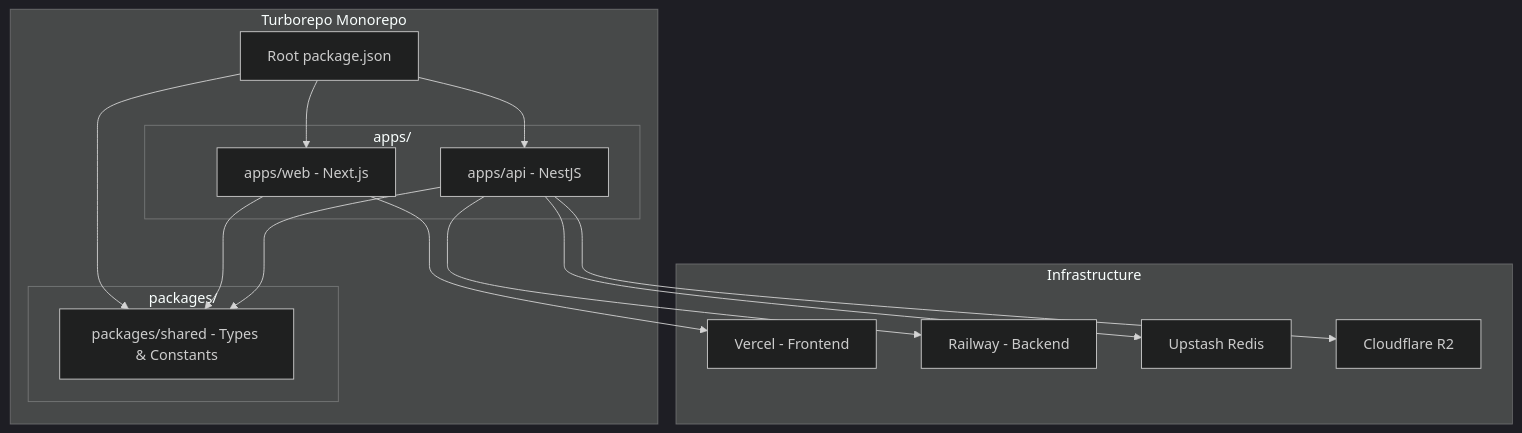
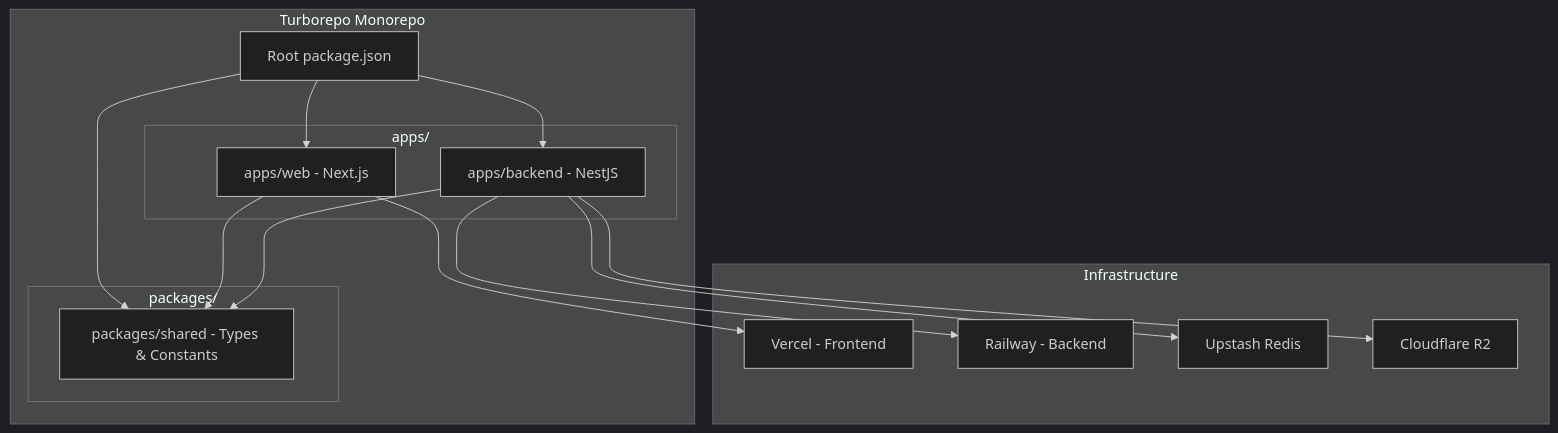
One commit to ajay-mandal/DryMDF changed the second of 9 diagrams in docs/PROJECT_PLAN.md. Above: the diagram before and after it, drawn with Mermaid (dark theme). The commit also changed other lines of this file and 24 other files, not shown here.

````diff
--- a/docs/PROJECT_PLAN.md
+++ b/docs/PROJECT_PLAN.md
@@ -78,34 +78,34 @@
 ```mermaid
 graph TD
     subgraph "Turborepo Monorepo"
         Root[Root package.json]
 
         subgraph "apps/"
             Web[apps/web - Next.js]
-            API[apps/api - NestJS]
+            API[apps/backend - NestJS]
         end
 
         subgraph "packages/"
             Shared[packages/shared - Types & Constants]
         end
 
         Root --> Web
         Root --> API
         Root --> Shared
 
         Web --> Shared
         API --> Shared
     end
 
     subgraph "Infrastructure"
         Vercel[Vercel - Frontend]
         Railway[Railway - Backend]
         Upstash[Upstash Redis]
         R2[Cloudflare R2]
     end
 
     Web --> Vercel
     API --> Railway
     API --> Upstash
     API --> R2
 ```
````
